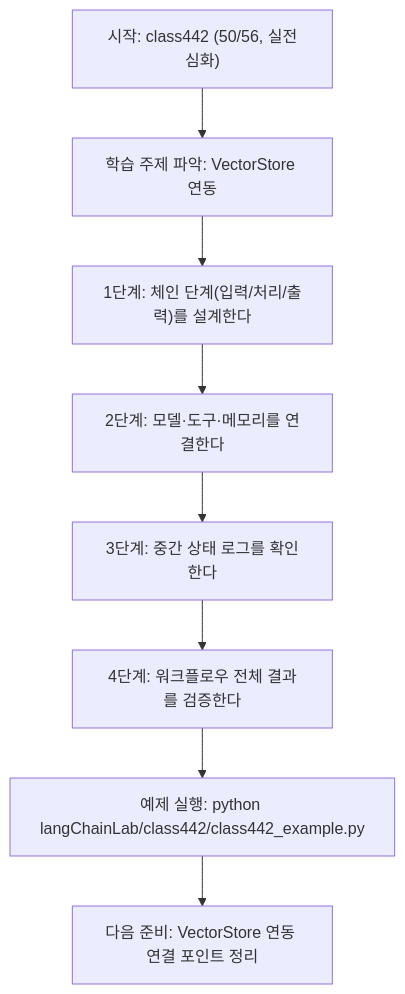
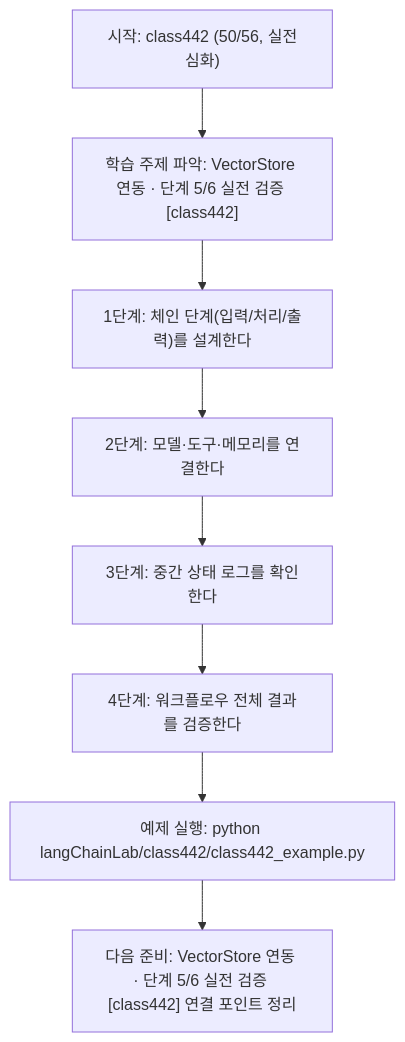
The diagram in langChainLab/class442/class442.md (edumgt/Python-AI_Agent-Class), drawn with Mermaid before and after one commit. The commit also changed other lines of this file and 522 other files, not shown here.

````diff
--- a/langChainLab/class442/class442.md
+++ b/langChainLab/class442/class442.md
@@ -108,18 +109,18 @@
 ```mermaid
 flowchart TD
 N1["시작: class442 (50/56, 실전심화)"]
-N2["학습 주제 파악: VectorStore 연동"]
+N2["학습 주제 파악: VectorStore 연동 · 단계 5/6 실전 검증 [class442]"]
 N3["1단계: 체인 단계(입력/처리/출력)를 설계한다"]
 N4["2단계: 모델·도구·메모리를 연결한다"]
 N5["3단계: 중간 상태 로그를 확인한다"]
 N6["4단계: 워크플로우 전체 결과를 검증한다"]
 N7["예제 실행: python langChainLab/class442/class442_example.py"]
-N8["다음 준비: VectorStore 연동 연결 포인트 정리"]
+N8["다음 준비: VectorStore 연동 · 단계 5/6 실전 검증 [class442] 연결 포인트 정리"]
 N1 --> N2
 N2 --> N3
 N3 --> N4
 N4 --> N5
 N5 --> N6
 N6 --> N7
 N7 --> N8
 ```
````
